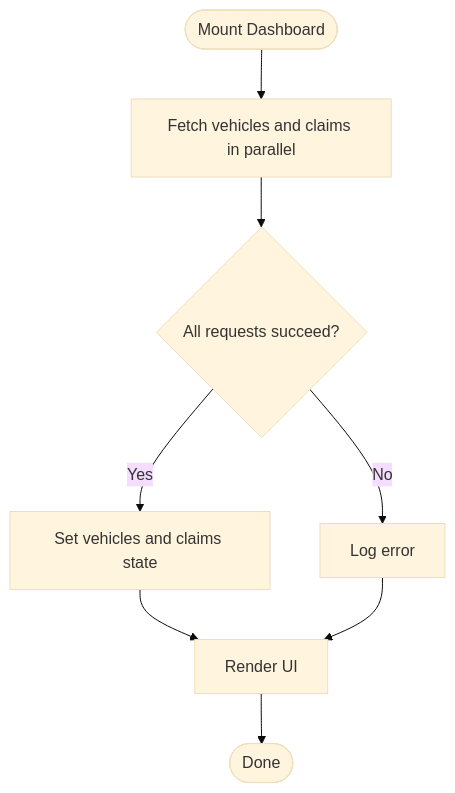
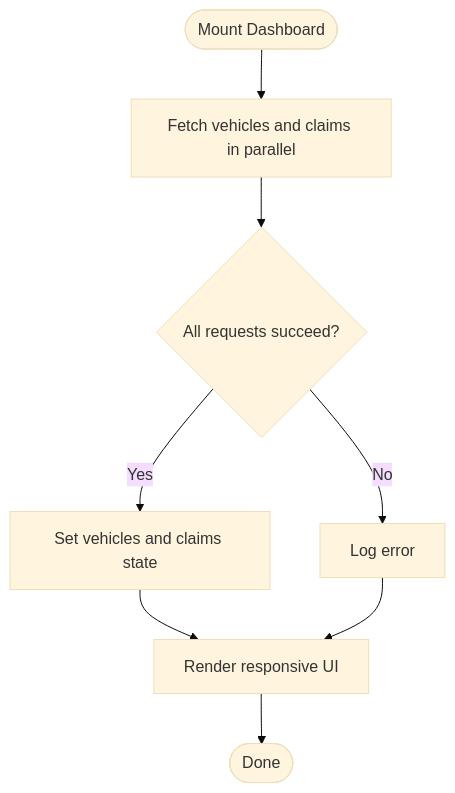
Before and after one commit to NaveenHiranya/Smart-Vehicle-Insurance-Claim-System: the third of 5 diagrams in .qoder/repowiki/en/content/Frontend Documentation/Pages and Views/User Pages/Dashboard Page.md, drawn with Mermaid (base theme). The commit also changed other lines of this file and 35 other files, not shown here.

````diff
--- a/.qoder/repowiki/en/content/Frontend Documentation/Pages and Views/User Pages/Dashboard Page.md
+++ b/.qoder/repowiki/en/content/Frontend Documentation/Pages and Views/User Pages/Dashboard Page.md
@@ -128,10 +137,10 @@
 ```mermaid
 flowchart TD
 Start(["Mount Dashboard"]) --> Fetch["Fetch vehicles and claims in parallel"]
 Fetch --> Success{"All requests succeed?"}
 Success --> |Yes| SetState["Set vehicles and claims state"]
 Success --> |No| LogErr["Log error"]
-SetState --> Render["Render UI"]
+SetState --> Render["Render responsive UI"]
 LogErr --> Render
 Render --> End(["Done"])
 ```
````
